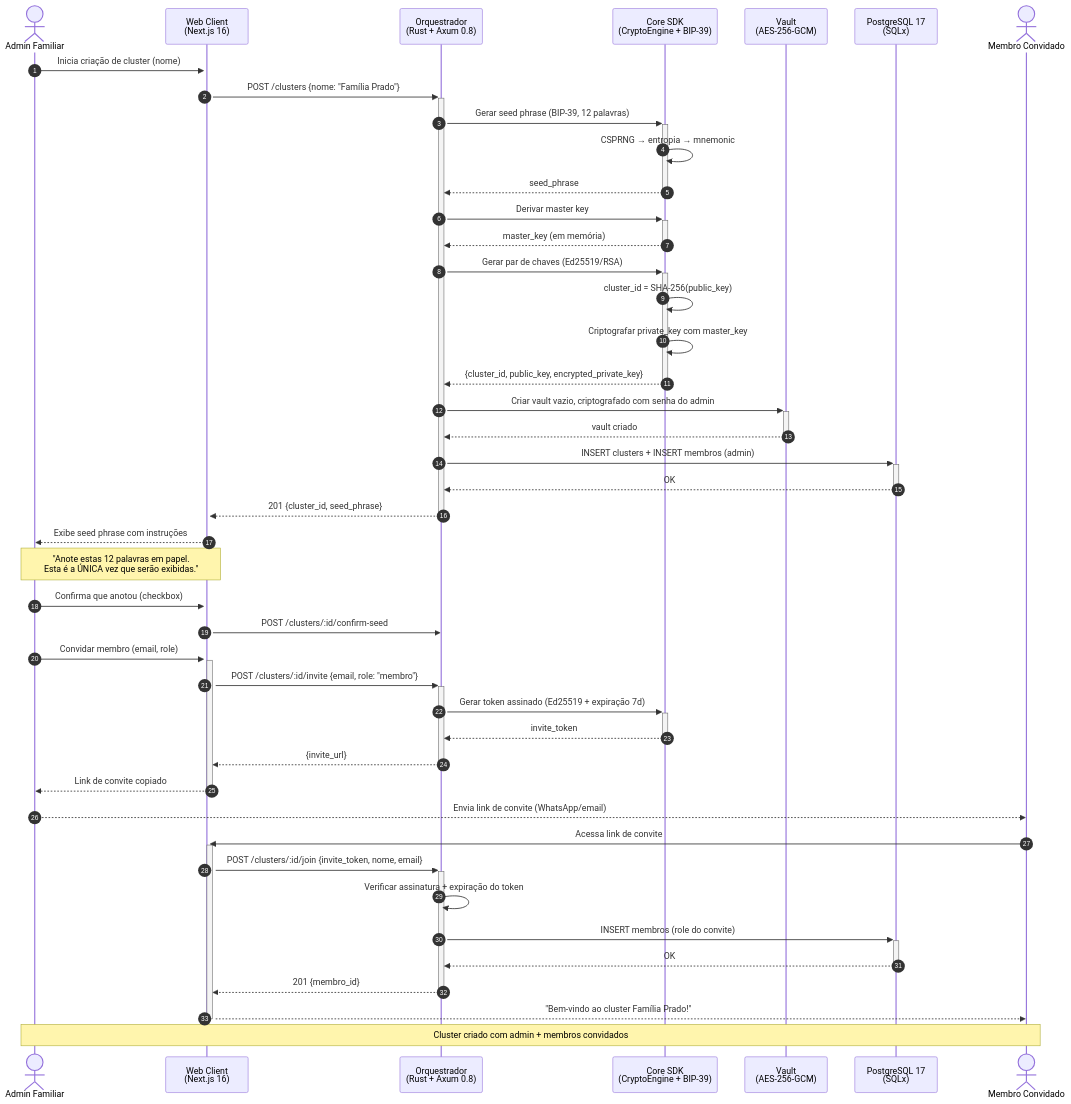
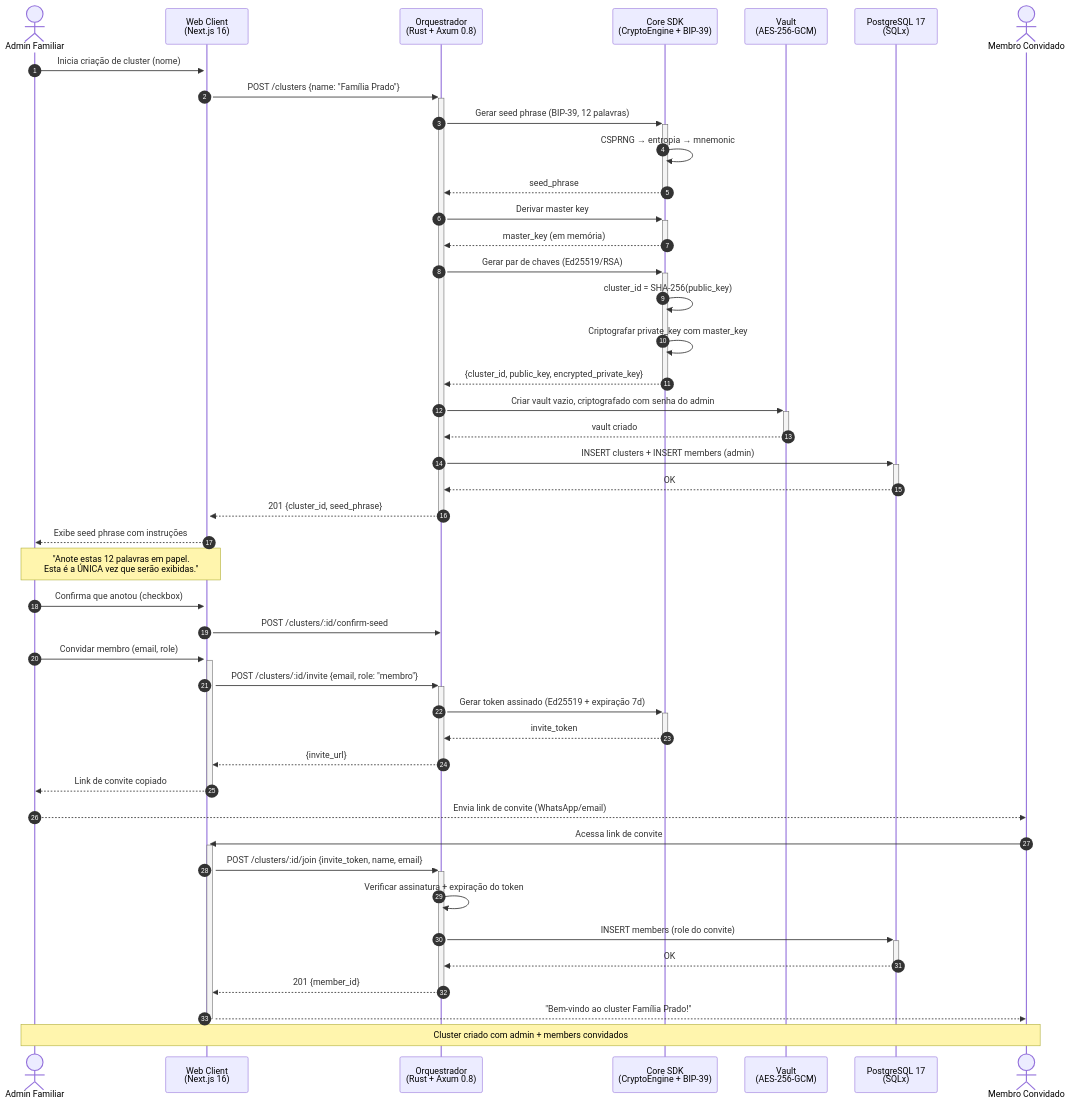
Before and after one commit to DouglasPrado/alexandria: the diagram in docs/diagrams/sequences/cluster-onboarding.mmd, drawn with Mermaid. The commit also changed 9 other files, not shown here.

```diff
--- a/docs/diagrams/sequences/cluster-onboarding.mmd
+++ b/docs/diagrams/sequences/cluster-onboarding.mmd
@@ -1,66 +1,66 @@
 %% Fluxo: Criação de Cluster e Onboarding
 %% Referência: docs/blueprint/07-critical_flows.md
 
 sequenceDiagram
     autonumber
 
     actor Admin as Admin Familiar
     participant Web as Web Client<br/>(Next.js 16)
     participant API as Orquestrador<br/>(Rust + Axum 0.8)
     participant SDK as Core SDK<br/>(CryptoEngine + BIP-39)
     participant Vault as Vault<br/>(AES-256-GCM)
     participant DB as PostgreSQL 17<br/>(SQLx)
     actor Membro as Membro Convidado
 
     %% Criação do cluster
     Admin ->>+ Web: Inicia criação de cluster (nome)
-    Web ->>+ API: POST /clusters {nome: "Família Prado"}
+    Web ->>+ API: POST /clusters {name: "Família Prado"}
 
     API ->>+ SDK: Gerar seed phrase (BIP-39, 12 palavras)
     SDK ->> SDK: CSPRNG → entropia → mnemonic
     SDK -->>- API: seed_phrase
 
     API ->>+ SDK: Derivar master key
     SDK -->>- API: master_key (em memória)
 
     API ->>+ SDK: Gerar par de chaves (Ed25519/RSA)
     SDK ->> SDK: cluster_id = SHA-256(public_key)
     SDK ->> SDK: Criptografar private_key com master_key
     SDK -->>- API: {cluster_id, public_key, encrypted_private_key}
 
     API ->>+ Vault: Criar vault vazio, criptografado com senha do admin
     Vault -->>- API: vault criado
 
-    API ->>+ DB: INSERT clusters + INSERT membros (admin)
+    API ->>+ DB: INSERT clusters + INSERT members (admin)
     DB -->>- API: OK
 
     API -->>- Web: 201 {cluster_id, seed_phrase}
     Web -->> Admin: Exibe seed phrase com instruções
 
     Note over Admin, Web: "Anote estas 12 palavras em papel.<br/>Esta é a ÚNICA vez que serão exibidas."
 
     Admin ->> Web: Confirma que anotou (checkbox)
     Web ->> API: POST /clusters/:id/confirm-seed
 
     %% Convite de membros
     Admin ->>+ Web: Convidar membro (email, role)
     Web ->>+ API: POST /clusters/:id/invite {email, role: "membro"}
 
     API ->>+ SDK: Gerar token assinado (Ed25519 + expiração 7d)
     SDK -->>- API: invite_token
 
     API -->>- Web: {invite_url}
     Web -->>- Admin: Link de convite copiado
 
     Admin -->> Membro: Envia link de convite (WhatsApp/email)
 
     %% Aceite
     Membro ->>+ Web: Acessa link de convite
-    Web ->>+ API: POST /clusters/:id/join {invite_token, nome, email}
+    Web ->>+ API: POST /clusters/:id/join {invite_token, name, email}
     API ->> API: Verificar assinatura + expiração do token
-    API ->>+ DB: INSERT membros (role do convite)
+    API ->>+ DB: INSERT members (role do convite)
     DB -->>- API: OK
-    API -->>- Web: 201 {membro_id}
+    API -->>- Web: 201 {member_id}
     Web -->>- Membro: "Bem-vindo ao cluster Família Prado!"
 
-    Note over Admin, Membro: Cluster criado com admin + membros convidados
+    Note over Admin, Membro: Cluster criado com admin + members convidados
```
